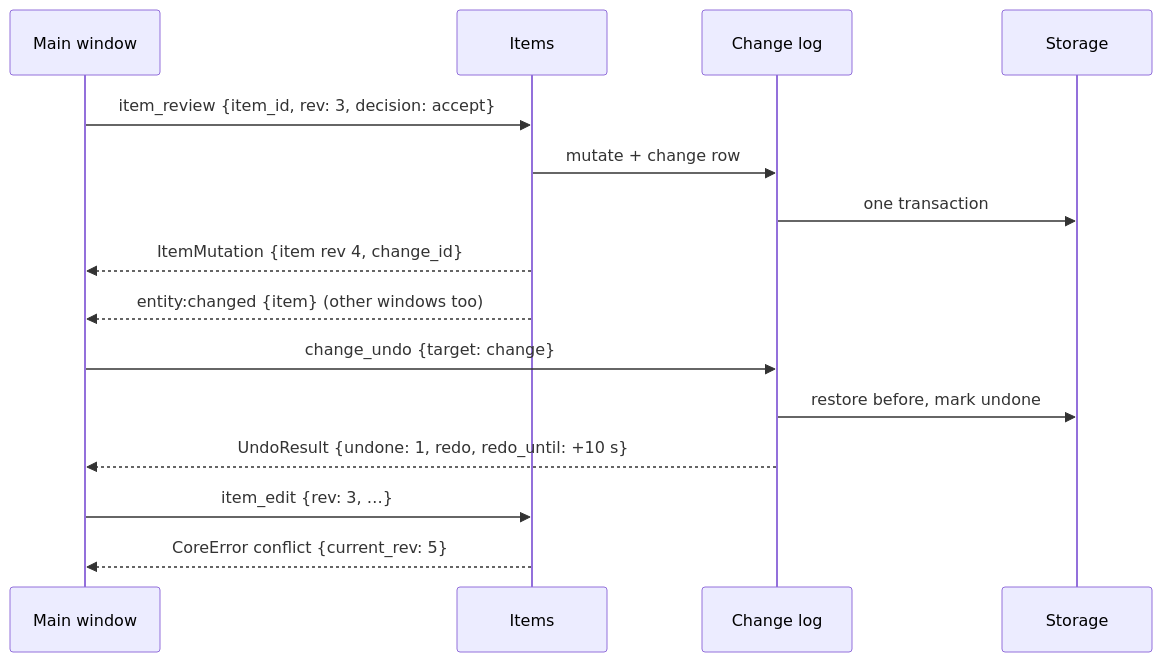
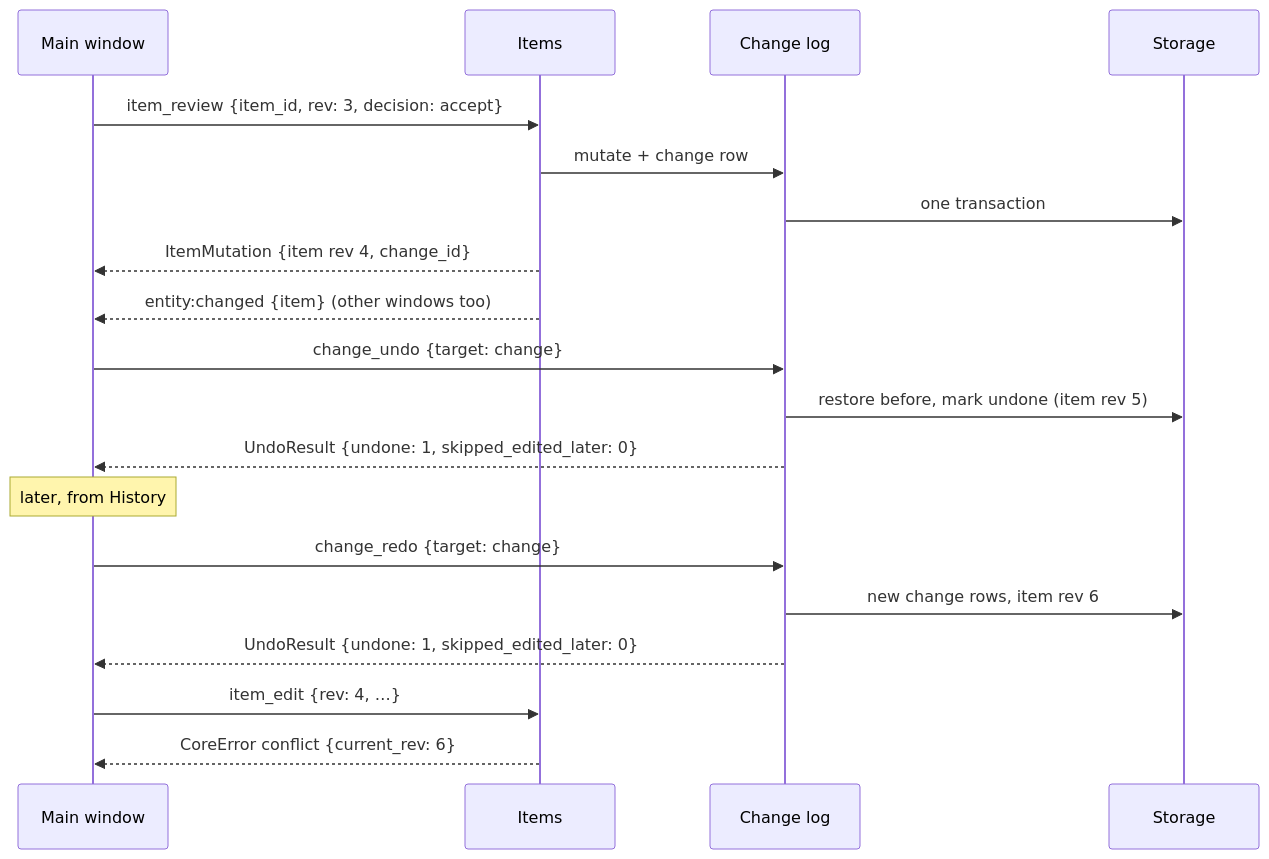
The eighth of 13 diagrams in docs/DESIGN-core.md (getahead/noter), drawn with Mermaid before and after one commit. The commit also changed other lines of this file and 81 other files, not shown here.

````diff
--- a/docs/DESIGN-core.md
+++ b/docs/DESIGN-core.md
@@ -1564,17 +1712,21 @@
 ```mermaid
 sequenceDiagram
     participant M as Main window
     participant I as Items
     participant CL as Change log
     participant DB as Storage
     M->>I: item_review {item_id, rev: 3, decision: accept}
     I->>CL: mutate + change row
     CL->>DB: one transaction
     I-->>M: ItemMutation {item rev 4, change_id}
     I-->>M: entity:changed {item} (other windows too)
     M->>CL: change_undo {target: change}
-    CL->>DB: restore before, mark undone
-    CL-->>M: UndoResult {undone: 1, redo, redo_until: +10 s}
-    M->>I: item_edit {rev: 3, …}
-    I-->>M: CoreError conflict {current_rev: 5}
+    CL->>DB: restore before, mark undone (item rev 5)
+    CL-->>M: UndoResult {undone: 1, skipped_edited_later: 0}
+    Note over M: later, from History
+    M->>CL: change_redo {target: change}
+    CL->>DB: new change rows, item rev 6
+    CL-->>M: UndoResult {undone: 1, skipped_edited_later: 0}
+    M->>I: item_edit {rev: 4, …}
+    I-->>M: CoreError conflict {current_rev: 6}
 ```
````
